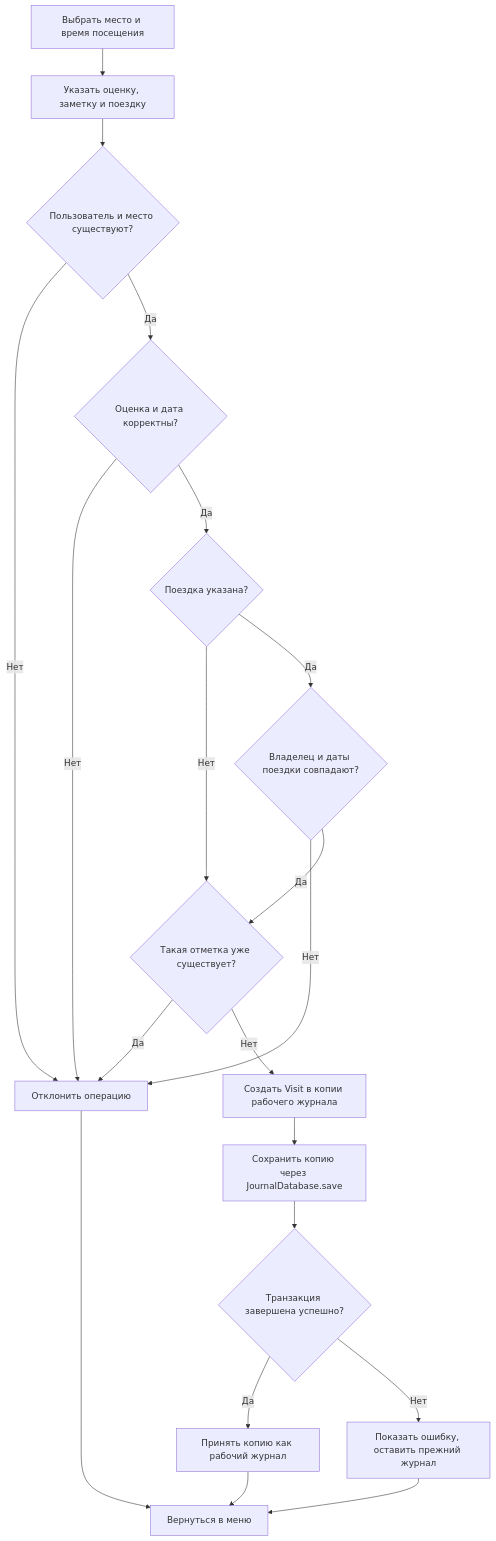
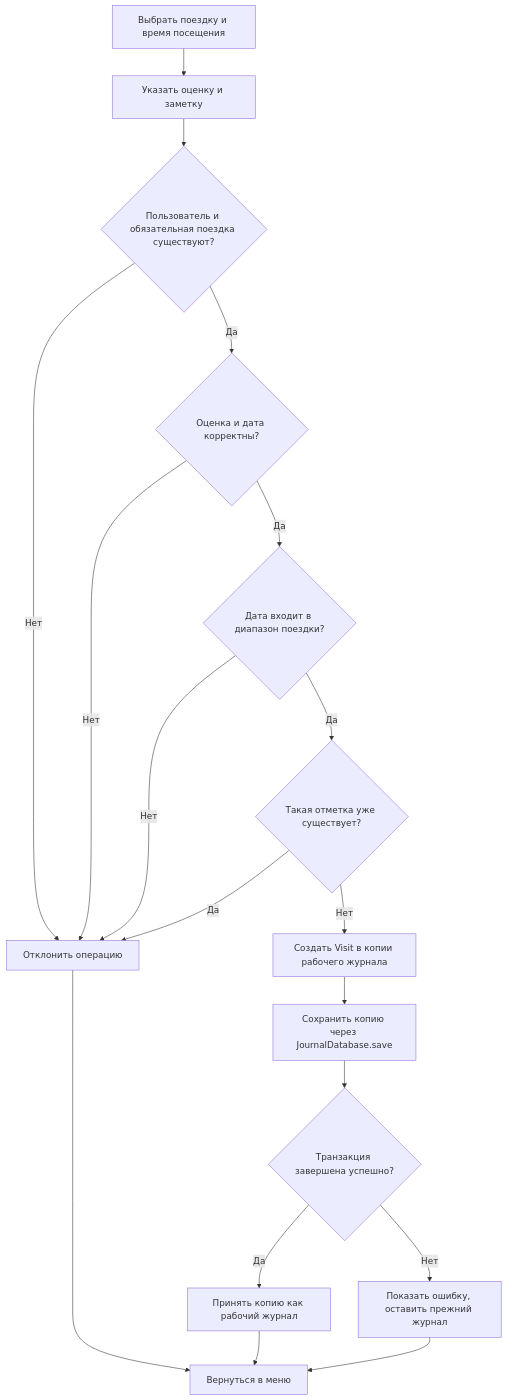
Before and after one commit to glogvinoff-tech/visited-places: the diagram in REPORT_PR2.md, drawn with Mermaid. The commit also changed other lines of this file and 87 other files, not shown here.

````diff
--- a/REPORT_PR2.md
+++ b/REPORT_PR2.md
@@ -283,22 +286,20 @@
 ```mermaid
 flowchart TD
-    A[Выбрать место и время посещения] --> B[Указать оценку, заметку и поездку]
-    B --> C{Пользователь и место существуют?}
+    A[Выбрать поездку и время посещения] --> B[Указать оценку и заметку]
+    B --> C{Пользователь и обязательная поездка существуют?}
     C -->|Нет| E[Отклонить операцию]
     C -->|Да| D{Оценка и дата корректны?}
     D -->|Нет| E
-    D -->|Да| F{Поездка указана?}
-    F -->|Нет| H{Такая отметка уже существует?}
-    F -->|Да| G{Владелец и даты поездки совпадают?}
+    D -->|Да| G{Дата входит в диапазон поездки?}
     G -->|Нет| E
-    G -->|Да| H
+    G -->|Да| H{Такая отметка уже существует?}
     H -->|Да| E
     H -->|Нет| I[Создать Visit в копии рабочего журнала]
     I --> J[Сохранить копию через JournalDatabase.save]
     J --> K{Транзакция завершена успешно?}
     K -->|Да| L[Принять копию как рабочий журнал]
     K -->|Нет| M[Показать ошибку, оставить прежний журнал]
     L --> N[Вернуться в меню]
     M --> N
     E --> N
 ```
````
